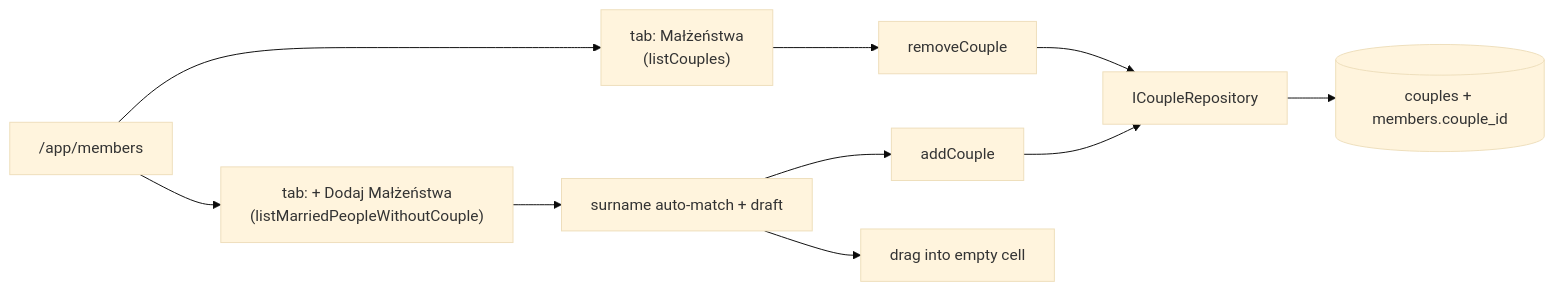
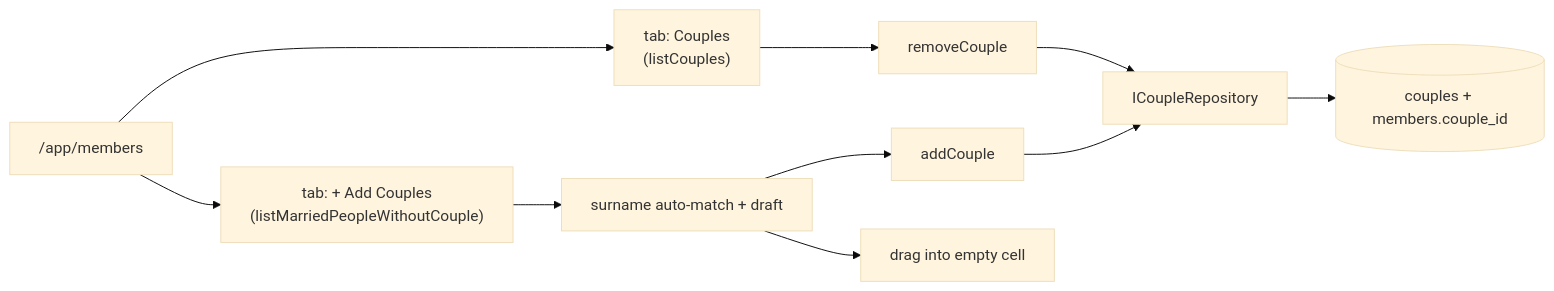
One commit to greg-latuszek/emma-companionship changed the fifth of 8 diagrams in docs/current-architecture.md. Above: the diagram before and after it, drawn with Mermaid (base theme). The commit also changed other lines of this file, not shown here.

Commit message:
Replace Polish screen names with English in the architecture doc

````diff
--- a/docs/current-architecture.md
+++ b/docs/current-architecture.md
@@ -183,12 +183,12 @@
 ```mermaid
 flowchart LR
-  membersPage["/app/members"] --> tabCouples["tab: Małżeństwa\n(listCouples)"]
-  membersPage --> tabBuild["tab: + Dodaj Małżeństwa\n(listMarriedPeopleWithoutCouple)"]
+  membersPage["/app/members"] --> tabCouples["tab: Couples\n(listCouples)"]
+  membersPage --> tabBuild["tab: + Add Couples\n(listMarriedPeopleWithoutCouple)"]
   tabCouples --> decouple[removeCouple]
   tabBuild --> match[surname auto-match + draft]
   match --> confirm[addCouple]
   match --> drag[drag into empty cell]
   confirm --> repo[ICoupleRepository]
   decouple --> repo
   repo --> pg[(couples + members.couple_id)]
 ```
````
